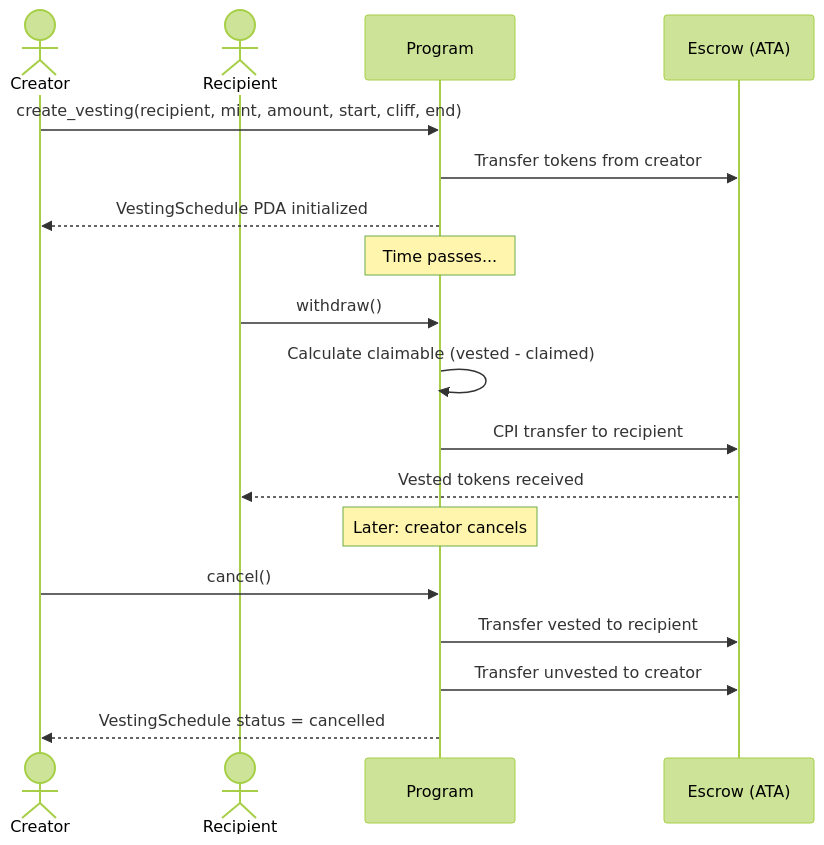
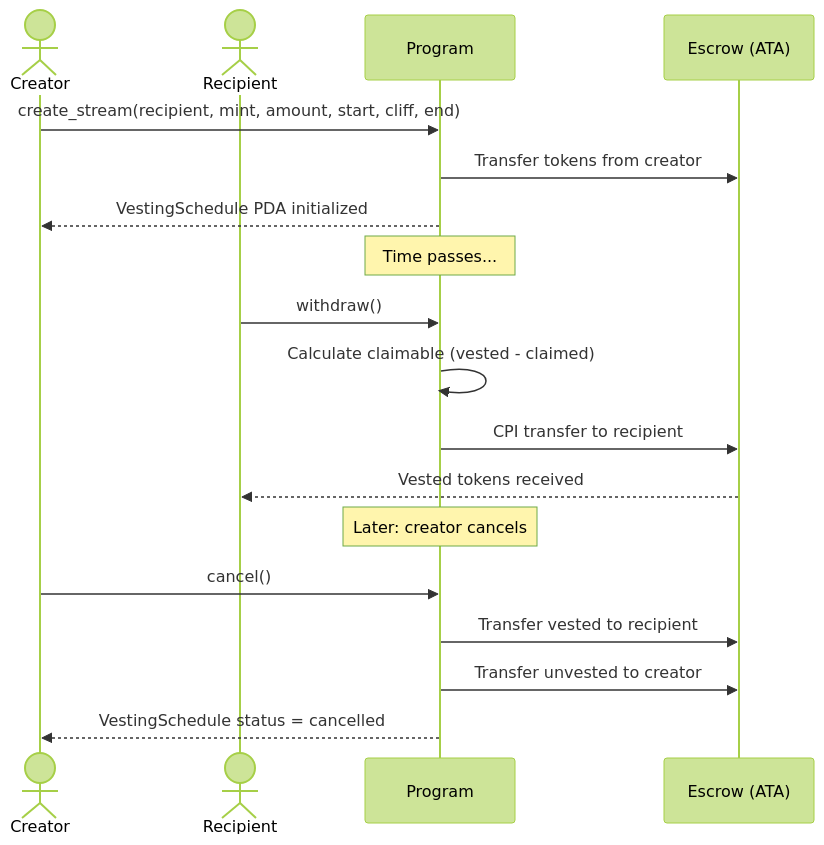
Before and after one commit to simplyvest/simplyvest: the second of 3 diagrams in docs/ARCHITECTURE.md, drawn with Mermaid (forest theme). The commit also changed other lines of this file and 1 other file, not shown here.

Commit message:
docs: rename create_vesting → create_stream, update event names

````diff
--- a/docs/ARCHITECTURE.md
+++ b/docs/ARCHITECTURE.md
@@ -177,25 +177,25 @@
 ```mermaid
 sequenceDiagram
     actor Creator
     actor Recipient
     participant Program
     participant Escrow as Escrow (ATA)
 
-    Creator->>Program: create_vesting(recipient, mint, amount, start, cliff, end)
+    Creator->>Program: create_stream(recipient, mint, amount, start, cliff, end)
     Program->>Escrow: Transfer tokens from creator
     Program-->>Creator: VestingSchedule PDA initialized
 
     Note over Program: Time passes...
 
     Recipient->>Program: withdraw()
     Program->>Program: Calculate claimable (vested - claimed)
     Program->>Escrow: CPI transfer to recipient
     Escrow-->>Recipient: Vested tokens received
 
     Note over Program: Later: creator cancels
 
     Creator->>Program: cancel()
     Program->>Escrow: Transfer vested to recipient
     Program->>Escrow: Transfer unvested to creator
     Program-->>Creator: VestingSchedule status = cancelled
 ```
````
